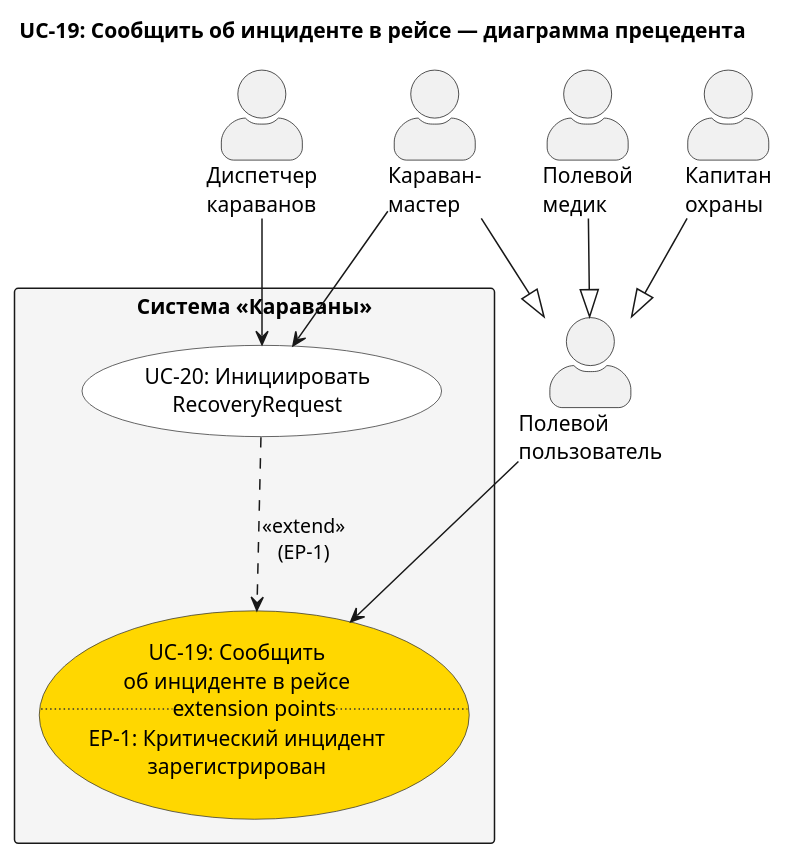
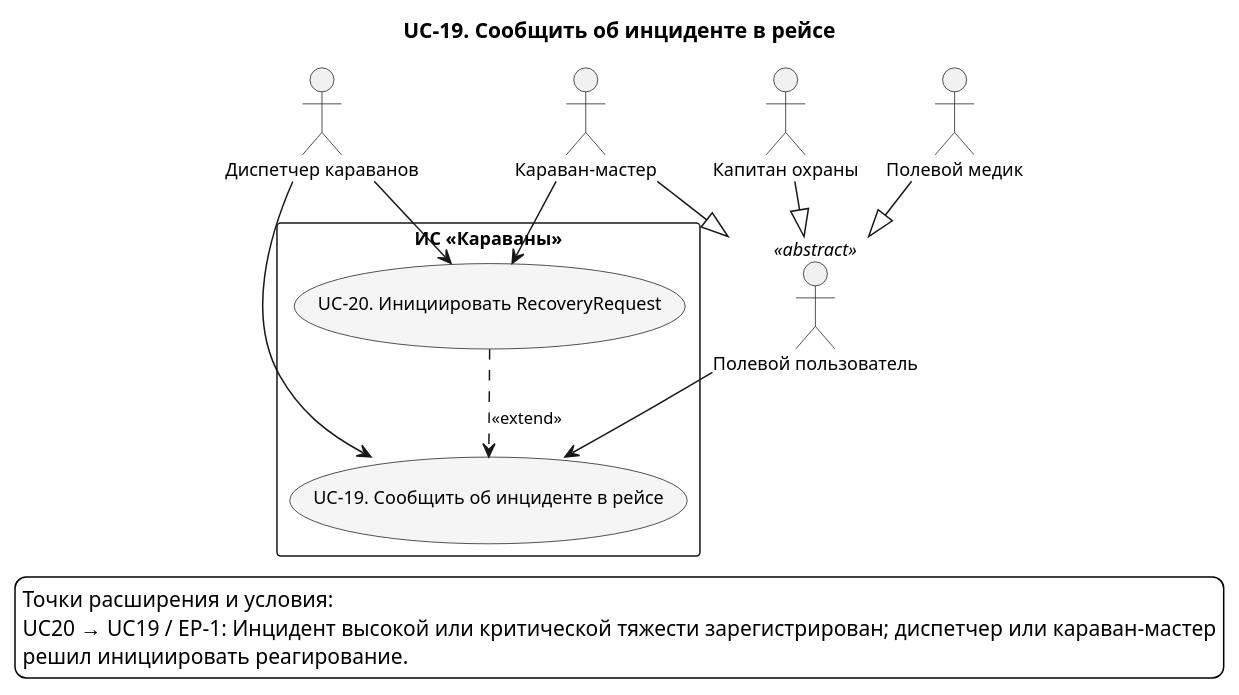
The diagram in docs/diagrams/usecases/UC_19_Detail.puml (granikartem/MPI), drawn with PlantUML before and after one commit. The commit also changed 319 other files, not shown here.

Commit message:
Добавлены диаграммы

```diff
--- a/docs/diagrams/usecases/UC_19_Detail.puml
+++ b/docs/diagrams/usecases/UC_19_Detail.puml
@@ -1,31 +1,45 @@
 @startuml UC_19_Detail
-skinparam actorStyle awesome
-skinparam usecaseBackgroundColor #White
-skinparam usecaseBorderColor #333333
-skinparam rectangleBackgroundColor #F5F5F5
+!pragma layout smetana
+skinparam shadowing false
+skinparam defaultFontName Arial
+skinparam defaultFontSize 12
+skinparam backgroundColor white
+skinparam nodesep 75
+skinparam ranksep 100
+skinparam ArrowFontSize 11
+skinparam usecaseBackgroundColor #F5F5F5
+skinparam activityBackgroundColor #F5F5F5
+top to bottom direction
+title UC-19. Сообщить об инциденте в рейсе
 
-title UC-19: Сообщить об инциденте в рейсе — диаграмма прецедента
-
-actor "Полевой\nпользователь" as Field
-actor "Караван-\nмастер" as CM
-actor "Капитан\nохраны" as SC
-actor "Полевой\nмедик" as Medic
-actor "Диспетчер\nкараванов" as Dispatcher
-
-CM --|> Field
-SC --|> Field
-Medic --|> Field
-
-rectangle "Система «Караваны»" {
-  usecase "UC-19: Сообщить\nоб инциденте в рейсе\n.. extension points ..\nEP-1: Критический инцидент\nзарегистрирован" as UC19 #Gold
-  usecase "UC-20: Инициировать\nRecoveryRequest" as UC20
+actor "Диспетчер караванов" as Dispatcher
+actor "Караван-мастер" as CaravanMaster
+actor "Капитан охраны" as SecurityCaptain
+actor "Полевой медик" as Medic
+actor "Полевой пользователь" as FieldUser <<abstract>>
+rectangle "ИС «Караваны»" as SystemBoundary {
+  usecase "UC-19. Сообщить об инциденте в рейсе" as UC19
+  usecase "UC-20. Инициировать RecoveryRequest" as UC20
 }
-
-Field --> UC19
-
-CM --> UC20
+' edge:R069
+UC20 ..> UC19 : <<extend>>
+' edge:R012
 Dispatcher --> UC20
-
-UC20 ..> UC19 : <<extend>>\n(EP-1)
-
+' edge:R029
+CaravanMaster --> UC20
+' edge:R049
+FieldUser --> UC19
+' edge:R072
+Dispatcher --> UC19
+' edge:R054
+CaravanMaster --|> FieldUser
+' edge:R055
+SecurityCaptain --|> FieldUser
+' edge:R056
+Medic --|> FieldUser
+legend bottom
+  Точки расширения и условия:
+  UC20 → UC19 / EP-1: Инцидент высокой или критической тяжести зарегистрирован; диспетчер или караван-мастер
+  решил инициировать реагирование.
+endlegend
 @enduml
```
